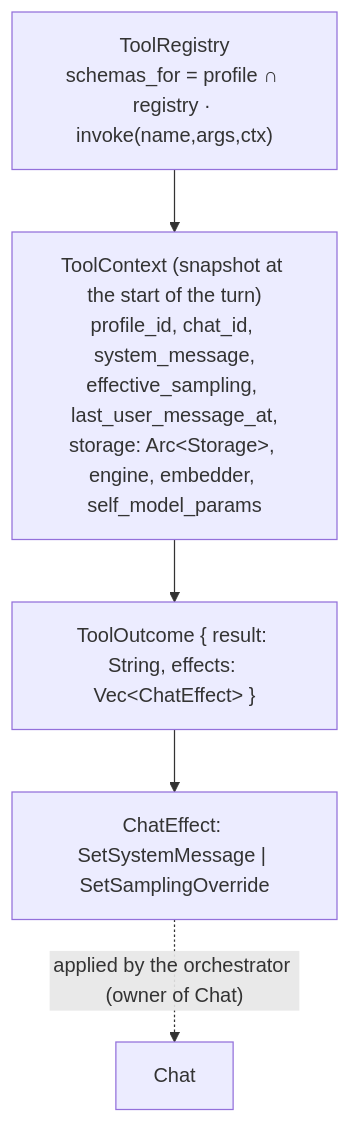
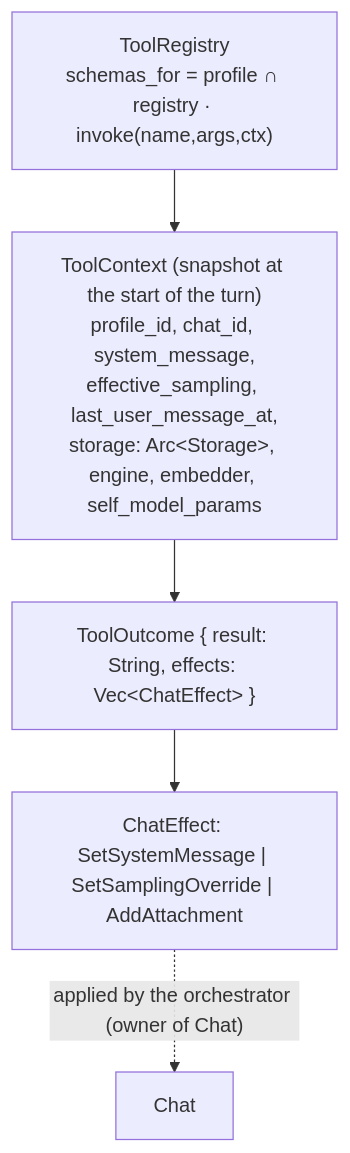
One commit to vshylov/mindfork-rs changed the tenth of 17 diagrams in docs/architecture.md. Above: the diagram before and after it, drawn with Mermaid. The commit also changed other lines of this file and 15 other files, not shown here.

First line of the commit message:
docs(youtube): stage 2 — spec, architecture, README, journal

````diff
--- a/docs/architecture.md
+++ b/docs/architecture.md
@@ -1227,12 +1229,12 @@
 ```mermaid
 flowchart TB
     REG["ToolRegistry<br/>schemas_for = profile ∩ registry · invoke(name,args,ctx)"]
     CTX["ToolContext (snapshot at the start of the turn)<br/>profile_id, chat_id, system_message,<br/>effective_sampling, last_user_message_at,<br/>storage: Arc&lt;Storage&gt;, engine, embedder, self_model_params"]
     OUT["ToolOutcome { result: String, effects: Vec&lt;ChatEffect&gt; }"]
-    EFF["ChatEffect: SetSystemMessage | SetSamplingOverride"]
+    EFF["ChatEffect: SetSystemMessage | SetSamplingOverride | AddAttachment"]
 
     REG --> CTX
     CTX --> OUT
     OUT --> EFF
     EFF -. "applied by the orchestrator (owner of Chat)" .-> ORCH["Chat"]
 ```
````
